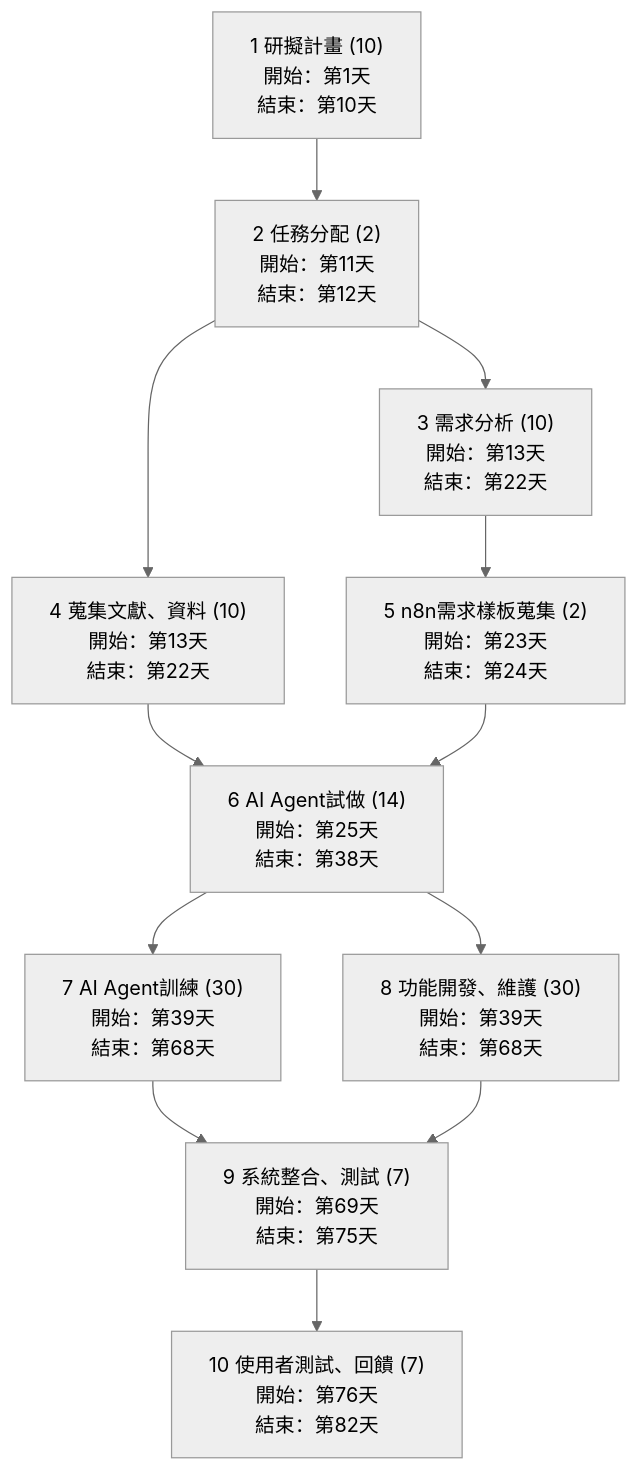
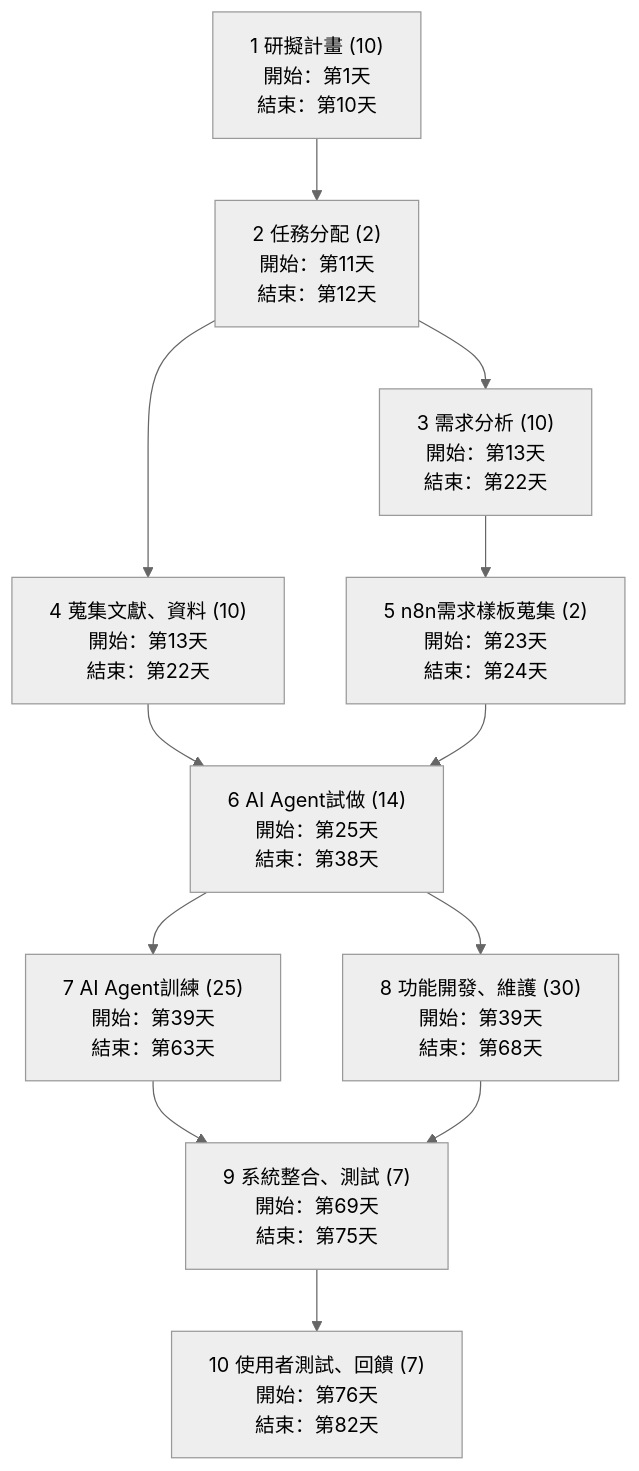
One commit to zombie942018/groupwork changed the second of 2 diagrams in GHW_2.md. Above: the diagram before and after it, drawn with Mermaid (neutral theme). The commit also changed other lines of this file, not shown here.

````diff
--- a/GHW_2.md
+++ b/GHW_2.md
@@ -29,40 +29,40 @@
 ```mermaid
 graph TD
     T1["1 研擬計畫 (10)
       開始：第1天
       結束：第10天"] --> T2["2 任務分配 (2)
       開始：第11天
       結束：第12天"]
     T2 --> T3["3 需求分析 (10)
               開始：第13天
               結束：第22天"]
 
     T2 --> T4["4 蒐集文獻、資料 (10)
               開始：第13天
               結束：第22天"]
 
     T3 --> T5["5 n8n需求樣板蒐集 (2)
               開始：第23天
               結束：第24天"]
 
     T4 --> T6["6 AI Agent試做 (14)
               開始：第25天
               結束：第38天"]
     T5 --> T6
 
-    T6 --> T7["7 AI Agent訓練 (30)
+    T6 --> T7["7 AI Agent訓練 (25)
               開始：第39天
-              結束：第68天"]
+              結束：第63天"]
     T6 --> T8["8 功能開發、維護 (30)
               開始：第39天
               結束：第68天"]
 
     T7 --> T9["9 系統整合、測試 (7)
               開始：第69天
               結束：第75天"]
     T8 --> T9
 
     T9 --> T10["10 使用者測試、回饋 (7)
                 開始：第76天
                 結束：第82天"]
 ```
````
